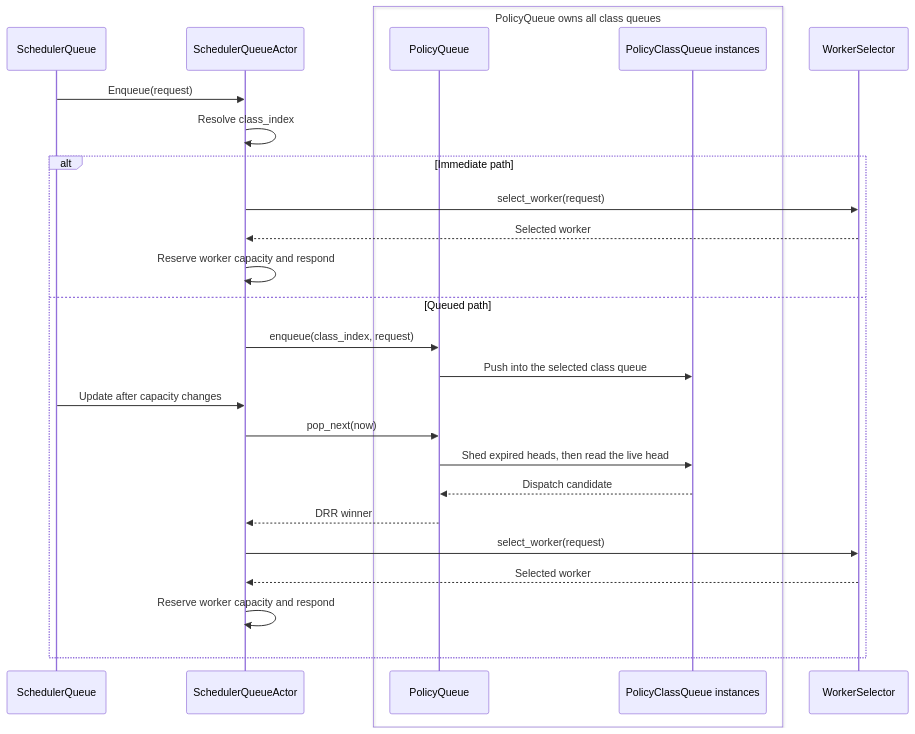
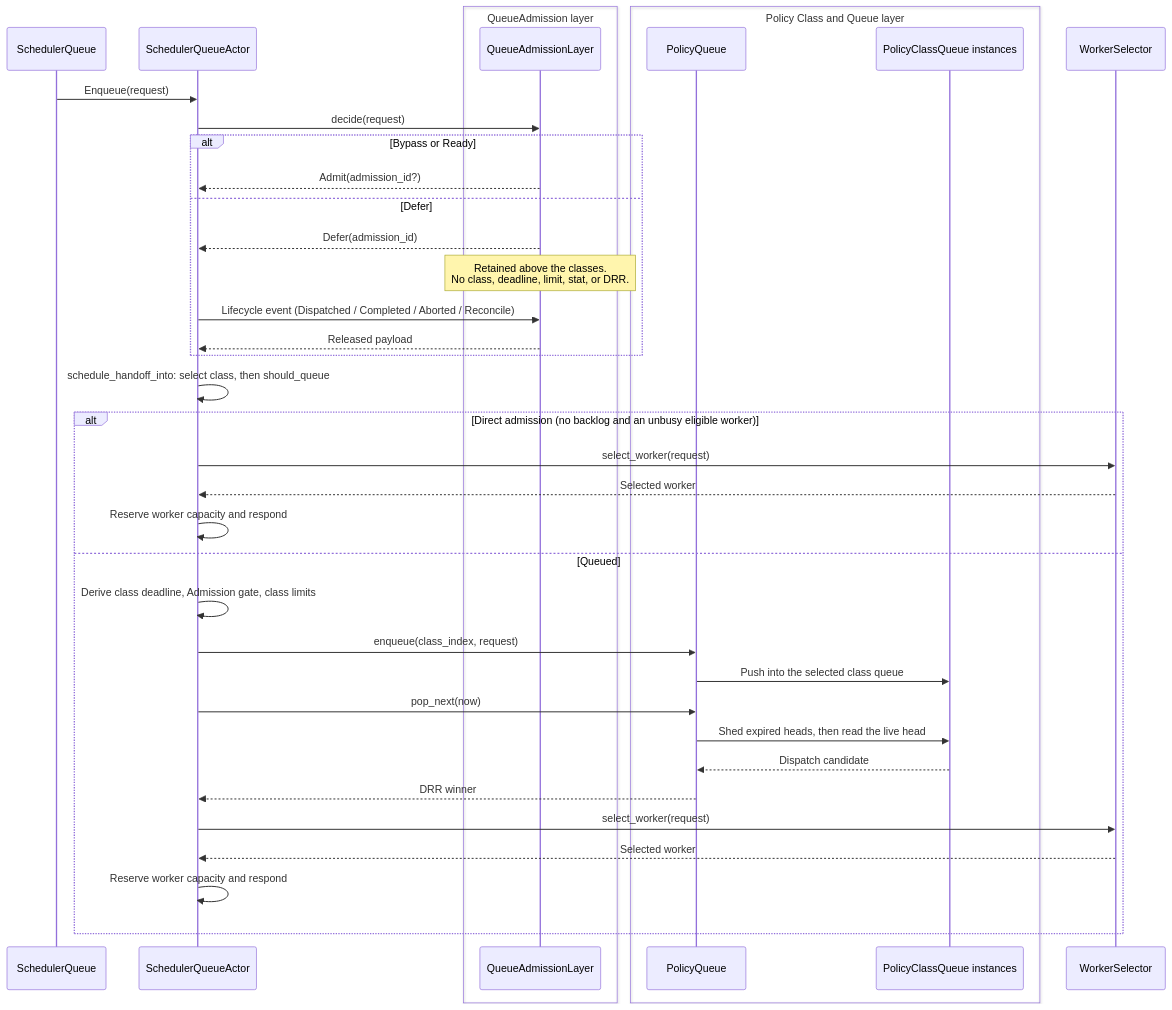
One commit to ai-dynamo/dynamo changed the diagram in lib/kv-router/src/scheduling/CLAUDE.md. Above: the diagram before and after it, drawn with Mermaid. The commit also changed other lines of this file and 13 other files, not shown here.

Commit message:
refactor(router): separate queue admission from policy queues

````diff
--- a/lib/kv-router/src/scheduling/CLAUDE.md
+++ b/lib/kv-router/src/scheduling/CLAUDE.md
@@ -9,29 +25,41 @@
 ```mermaid
 sequenceDiagram
     participant H as SchedulerQueue
     participant A as SchedulerQueueActor
-    box PolicyQueue owns all class queues
+    box QueueAdmission layer
+        participant Q as QueueAdmissionLayer
+    end
+    box Policy Class and Queue layer
         participant P as PolicyQueue
         participant C as PolicyClassQueue instances
     end
     participant S as WorkerSelector
 
     H->>A: Enqueue(request)
-    A->>A: Resolve class_index
-    alt Immediate path
+    A->>Q: decide(request)
+    alt Bypass or Ready
+        Q-->>A: Admit(admission_id?)
+    else Defer
+        Q-->>A: Defer(admission_id)
+        Note over Q: Retained above the classes.<br/>No class, deadline, limit, stat, or DRR.
+        A->>Q: Lifecycle event (Dispatched / Completed / Aborted / Reconcile)
+        Q-->>A: Released payload
+    end
+    A->>A: schedule_handoff_into: select class, then should_queue
+    alt Direct admission (no backlog and an unbusy eligible worker)
         A->>S: select_worker(request)
         S-->>A: Selected worker
         A->>A: Reserve worker capacity and respond
-    else Queued path
+    else Queued
+        A->>A: Derive class deadline, Admission gate, class limits
         A->>P: enqueue(class_index, request)
         P->>C: Push into the selected class queue
-        H->>A: Update after capacity changes
         A->>P: pop_next(now)
         P->>C: Shed expired heads, then read the live head
         C-->>P: Dispatch candidate
         P-->>A: DRR winner
         A->>S: select_worker(request)
         S-->>A: Selected worker
         A->>A: Reserve worker capacity and respond
     end
 ```
````
